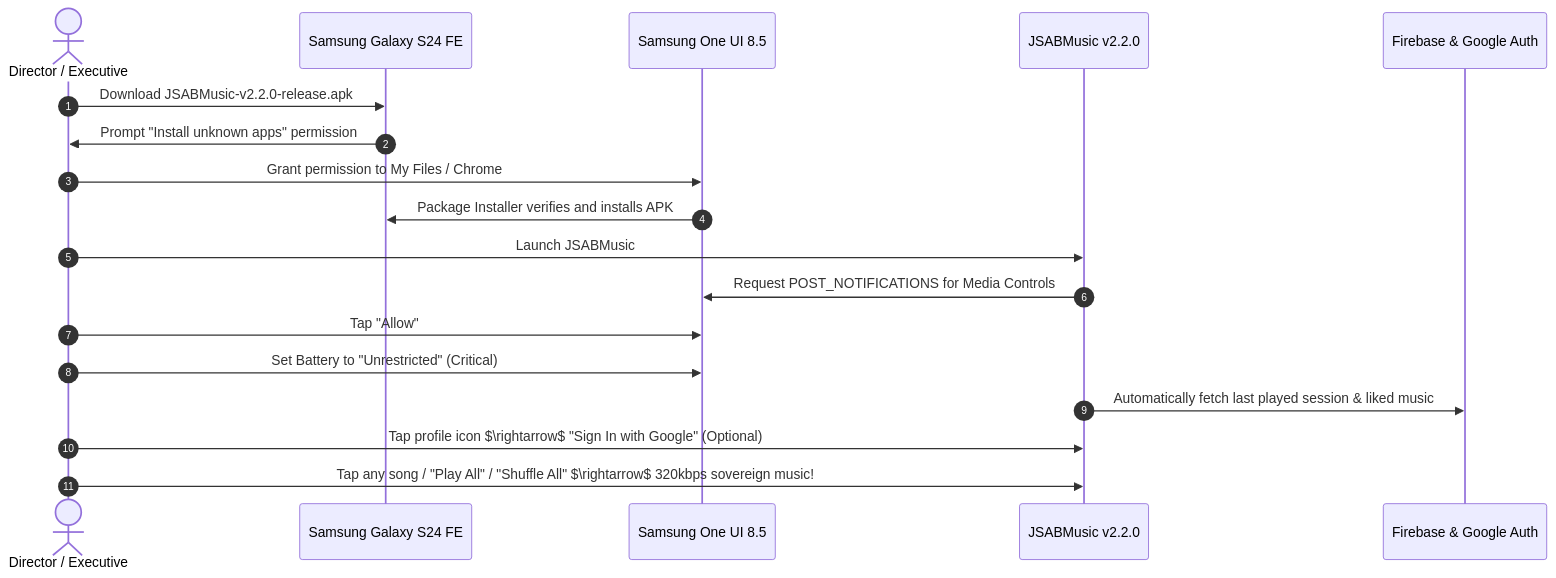
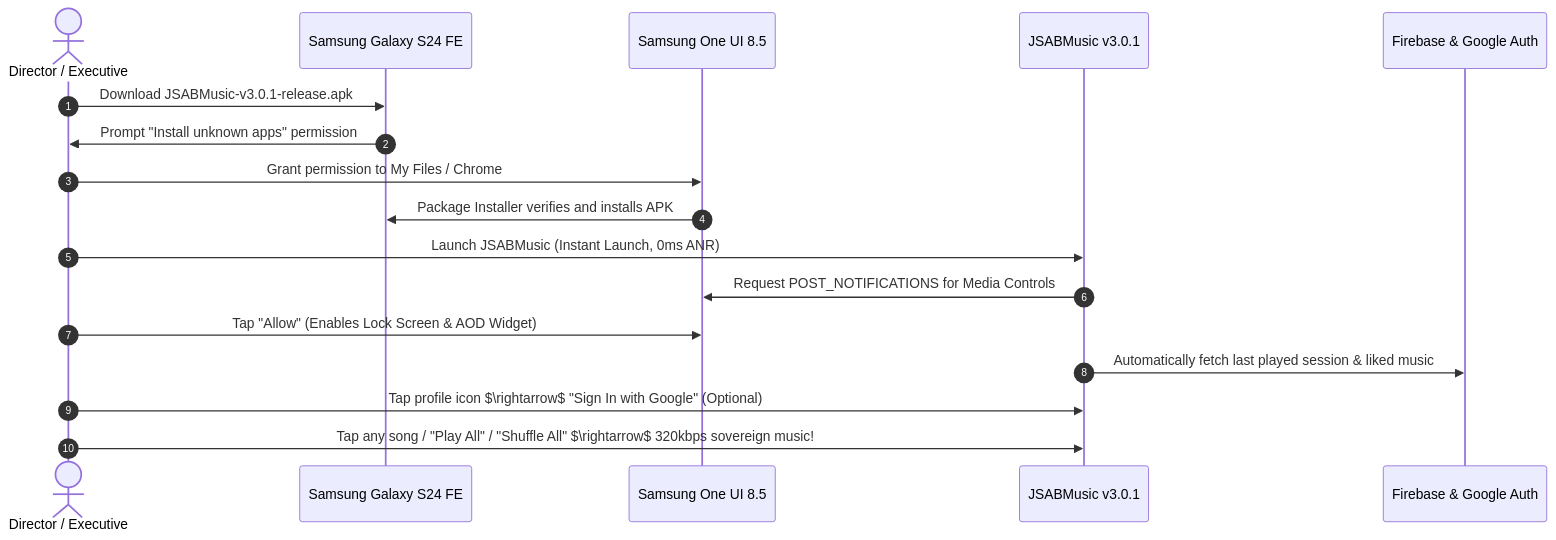
One commit to shibinantony/AI_Open_Music_POC changed the second of 2 diagrams in README.md. Above: the diagram before and after it, drawn with Mermaid. The commit also changed other lines of this file and 7 other files, not shown here.

Commit message:
fix(v3.0.1): resolve startup ANR, fix Samsung lockscreen widget, enable instant zero-latency trending feed

````diff
--- a/README.md
+++ b/README.md
@@ -231,21 +233,20 @@
 ```mermaid
 sequenceDiagram
     autonumber
     actor User as Director / Executive
     participant Device as Samsung Galaxy S24 FE
     participant OS as Samsung One UI 8.5
-    participant App as JSABMusic v2.2.0
+    participant App as JSABMusic v3.0.1
     participant Cloud as Firebase & Google Auth
 
-    User->>Device: Download JSABMusic-v2.2.0-release.apk
+    User->>Device: Download JSABMusic-v3.0.1-release.apk
     Device->>User: Prompt "Install unknown apps" permission
     User->>OS: Grant permission to My Files / Chrome
     OS->>Device: Package Installer verifies and installs APK
-    User->>App: Launch JSABMusic
+    User->>App: Launch JSABMusic (Instant Launch, 0ms ANR)
     App->>OS: Request POST_NOTIFICATIONS for Media Controls
-    User->>OS: Tap "Allow"
-    User->>OS: Set Battery to "Unrestricted" (Critical)
+    User->>OS: Tap "Allow" (Enables Lock Screen & AOD Widget)
     App->>Cloud: Automatically fetch last played session & liked music
     User->>App: Tap profile icon $\rightarrow$ "Sign In with Google" (Optional)
     User->>App: Tap any song / "Play All" / "Shuffle All" $\rightarrow$ 320kbps sovereign music!
 ```
````
